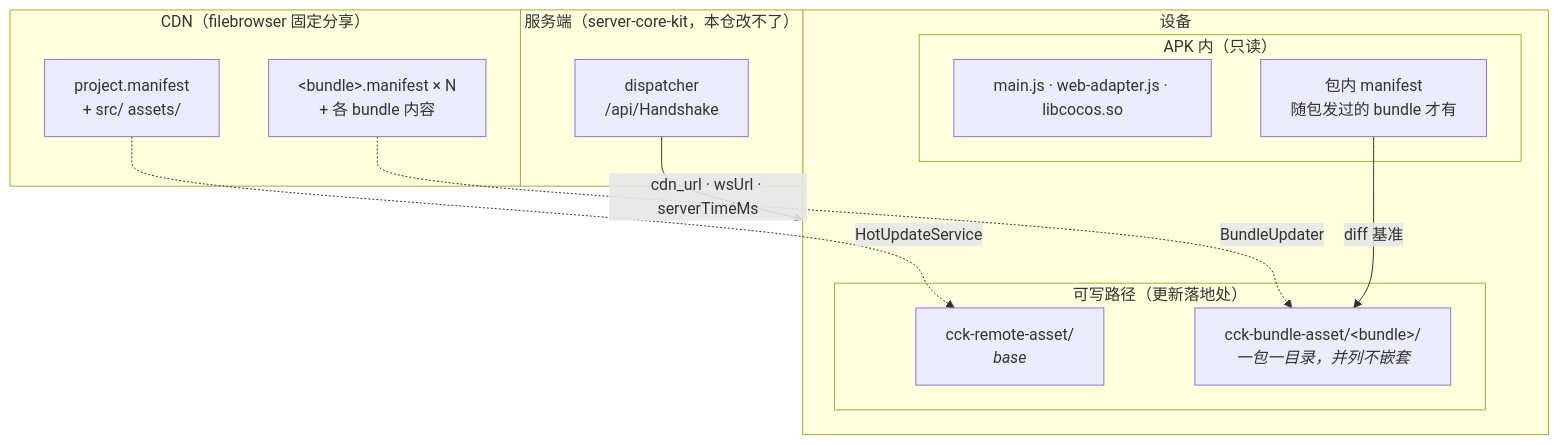
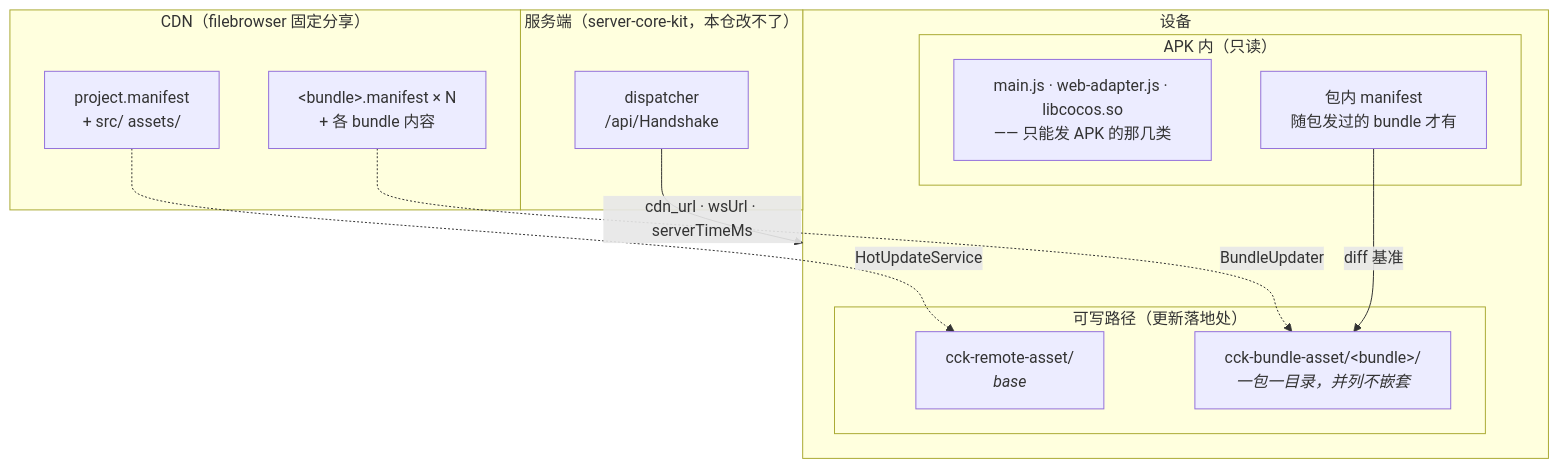
One commit to bearluo/creator-core-kit changed the first of 7 diagrams in apps/demo/docs/hotupdate-pipeline.md. Above: the diagram before and after it, drawn with Mermaid. The commit also changed other lines of this file and 13 other files, not shown here.

````diff
--- a/apps/demo/docs/hotupdate-pipeline.md
+++ b/apps/demo/docs/hotupdate-pipeline.md
@@ -124,25 +175,25 @@
 ```mermaid
 flowchart TB
   subgraph server["服务端（server-core-kit，本仓改不了）"]
     DP["dispatcher<br/>/api/Handshake"]
   end
   subgraph cdn["CDN（filebrowser 固定分享）"]
     M1["project.manifest<br/>+ src/ assets/"]
     M2["&lt;bundle&gt;.manifest × N<br/>+ 各 bundle 内容"]
   end
   subgraph device["设备"]
     subgraph apk["APK 内（只读）"]
-      L0["main.js · web-adapter.js · libcocos.so"]
+      APKONLY["main.js · web-adapter.js · libcocos.so<br/>—— 只能发 APK 的那几类"]
       LM["包内 manifest<br/>随包发过的 bundle 才有"]
     end
     subgraph wr["可写路径（更新落地处）"]
       B1["cck-remote-asset/<br/><i>base</i>"]
       B2["cck-bundle-asset/&lt;bundle&gt;/<br/><i>一包一目录，并列不嵌套</i>"]
     end
   end
 
   DP -->|"cdn_url · wsUrl · serverTimeMs"| device
   M1 -.->|"HotUpdateService"| B1
   M2 -.->|"BundleUpdater"| B2
   LM -->|"diff 基准"| B2
 ```
````
